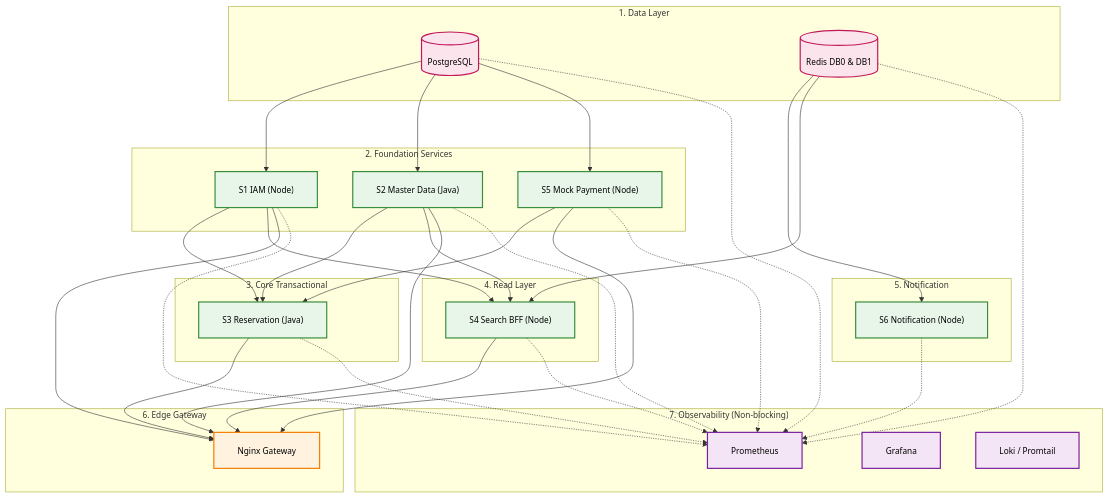
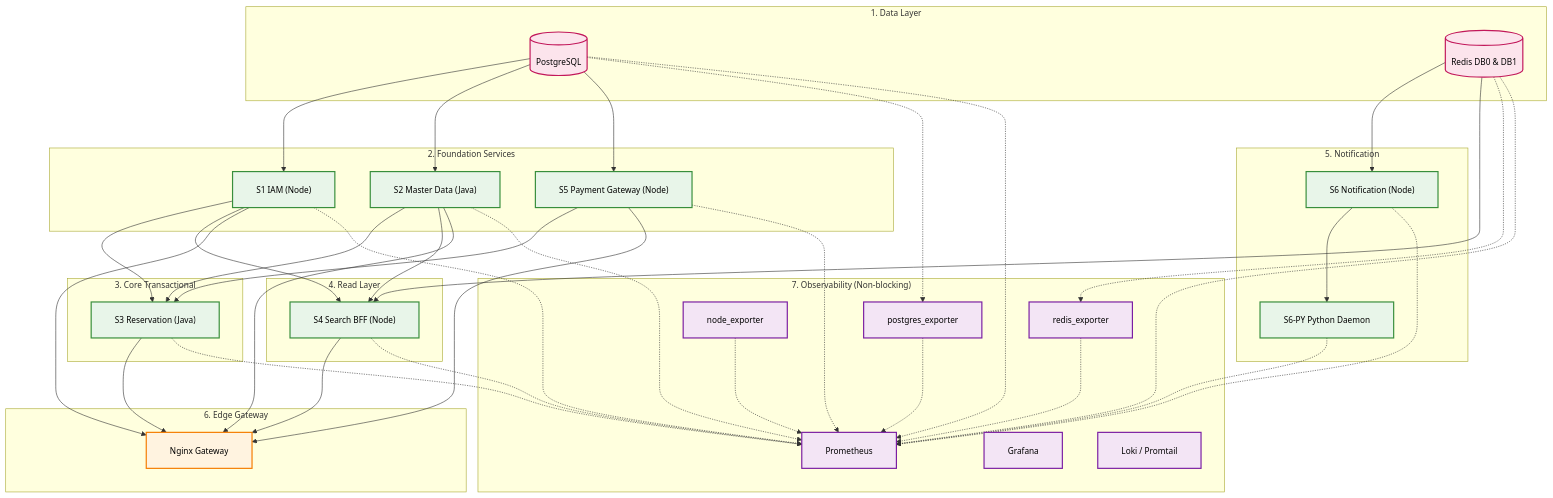
The first of 2 diagrams in docs/phase-1-foundation/wave-2-architecture/SRIS-P1-ARCH-016_ServiceRegistryAndCatalog.md (koushaljhacs/sris), drawn with Mermaid before and after one commit. The commit also changed other lines of this file, not shown here.

````diff
--- a/docs/phase-1-foundation/wave-2-architecture/SRIS-P1-ARCH-016_ServiceRegistryAndCatalog.md
+++ b/docs/phase-1-foundation/wave-2-architecture/SRIS-P1-ARCH-016_ServiceRegistryAndCatalog.md
@@ -274,7 +296,7 @@
     subgraph Foundation ["2. Foundation Services"]
         S1["S1 IAM (Node)"]:::service
         S2["S2 Master Data (Java)"]:::service
-        S5["S5 Mock Payment (Node)"]:::service
+        S5["S5 Payment Gateway (Node)"]:::service
     end
 
     subgraph Core ["3. Core Transactional"]
@@ -287,6 +309,7 @@
 
     subgraph Notify ["5. Notification"]
         S6["S6 Notification (Node)"]:::service
+        S6PY["S6-PY Python Daemon"]:::service
     end
 
     subgraph Edge ["6. Edge Gateway"]
@@ -297,6 +320,9 @@
         Prom["Prometheus"]:::obs
         Graf["Grafana"]:::obs
         Loki["Loki / Promtail"]:::obs
+        PGE["postgres_exporter"]:::obs
+        RedisE["redis_exporter"]:::obs
+        NodeE["node_exporter"]:::obs
     end
 
     %% Startup Order
@@ -304,6 +330,7 @@
     PG --> S2
     PG --> S5
     Redis --> S6
+    S6 --> S6PY
     
     S1 --> S3
     S2 --> S3
@@ -319,6 +346,8 @@
     S4 --> Nginx
     S5 --> Nginx
     
+    PG -.-> PGE
+    Redis -.-> RedisE
     PG -.-> Prom
     Redis -.-> Prom
     S1 -.-> Prom
@@ -327,4 +356,8 @@
     S4 -.-> Prom
     S5 -.-> Prom
     S6 -.-> Prom
+    S6PY -.-> Prom
+    PGE -.-> Prom
+    RedisE -.-> Prom
+    NodeE -.-> Prom
 ```
````
